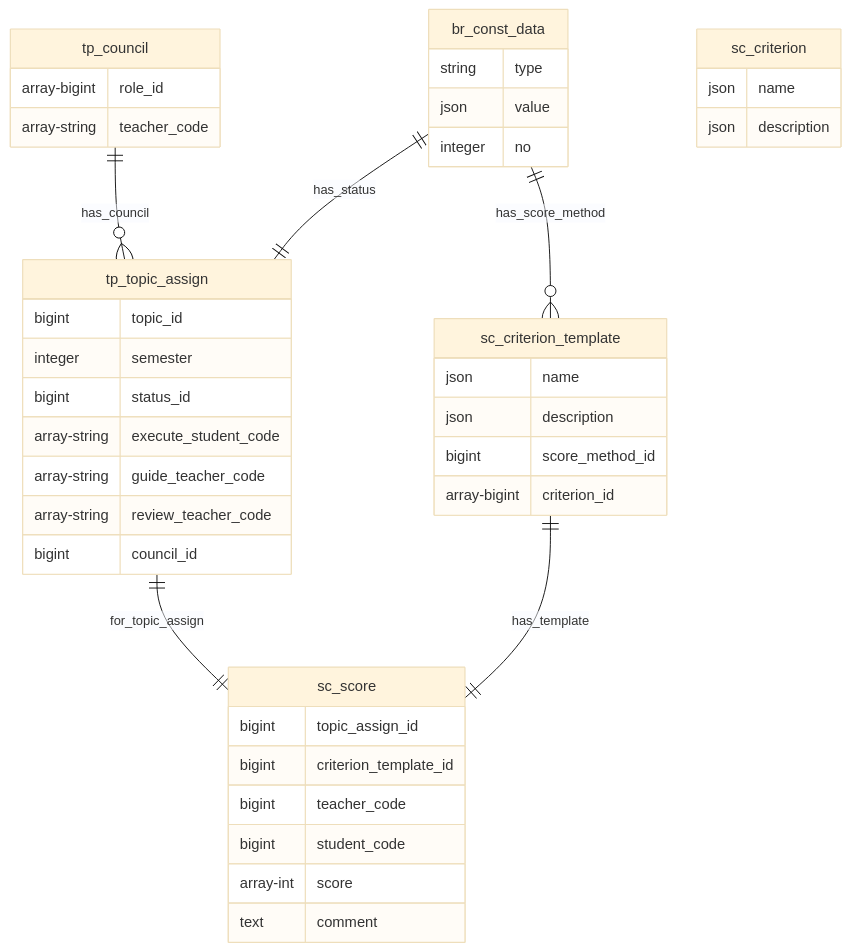
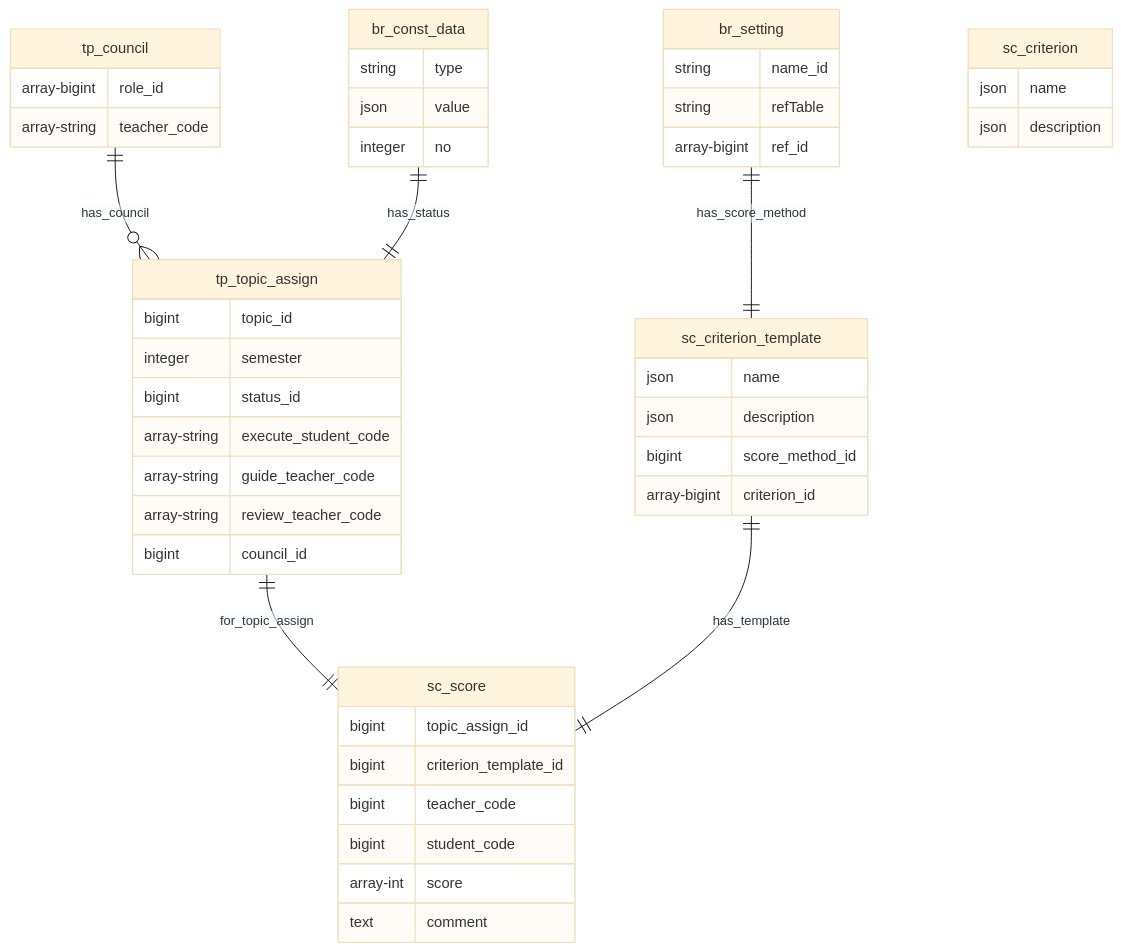
Before and after one commit to datai999/thesis-document: the fifth of 5 diagrams in report/Chapter_5_achitechture_design.md, drawn with Mermaid (base theme). The commit also changed other lines of this file and 1 other file, not shown here.

Commit message:
sc_criterion sc_criterion_template example

````diff
--- a/report/Chapter_5_achitechture_design.md
+++ b/report/Chapter_5_achitechture_design.md
@@ -502,46 +502,51 @@
 ```mermaid
 erDiagram
     tp_council {
       array-bigint role_id
       array-string teacher_code
     }
     br_const_data {
         string type
         json value
         integer no
+    }
+    br_setting {
+        string name_id
+        string refTable
+        array-bigint ref_id
     }
     tp_topic_assign {
       bigint topic_id
       integer semester
       bigint status_id
       array-string execute_student_code
       array-string guide_teacher_code
       array-string review_teacher_code
       bigint council_id
     }
     sc_criterion {
         json name
         json description
     }
     sc_criterion_template {
       json name
       json description
       bigint score_method_id
       array-bigint criterion_id
     }
     sc_score {
       bigint topic_assign_id
       bigint criterion_template_id
       bigint teacher_code
       bigint student_code
       array-int score
       text comment
     }
     tp_council ||--o{ tp_topic_assign : has_council
     br_const_data ||--|| tp_topic_assign : has_status
 
-    br_const_data ||--o{ sc_criterion_template : has_score_method
+    br_setting ||--|| sc_criterion_template : has_score_method
 
     tp_topic_assign ||--|| sc_score : for_topic_assign
     sc_criterion_template ||--|| sc_score : has_template
 ```
````
